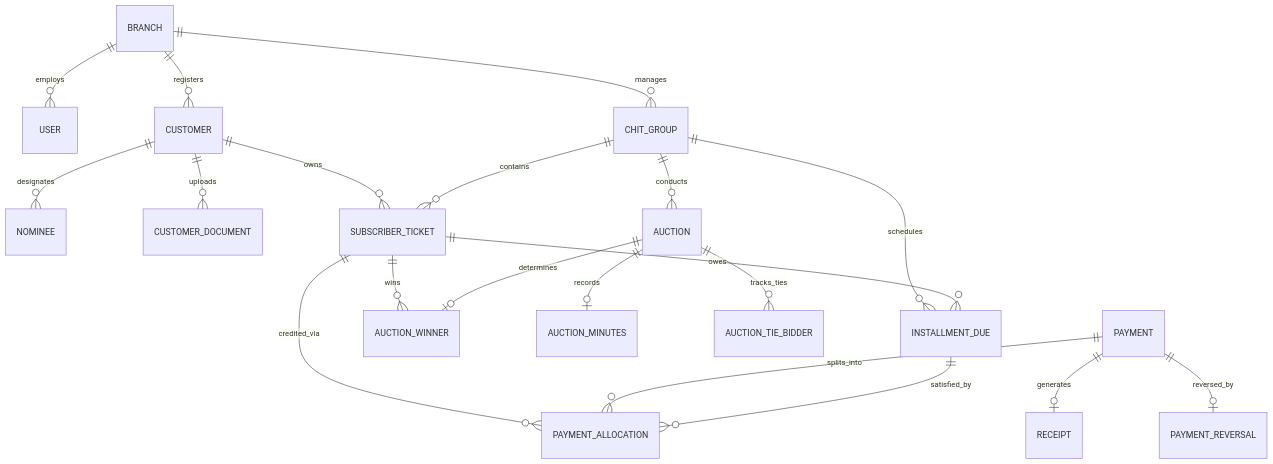
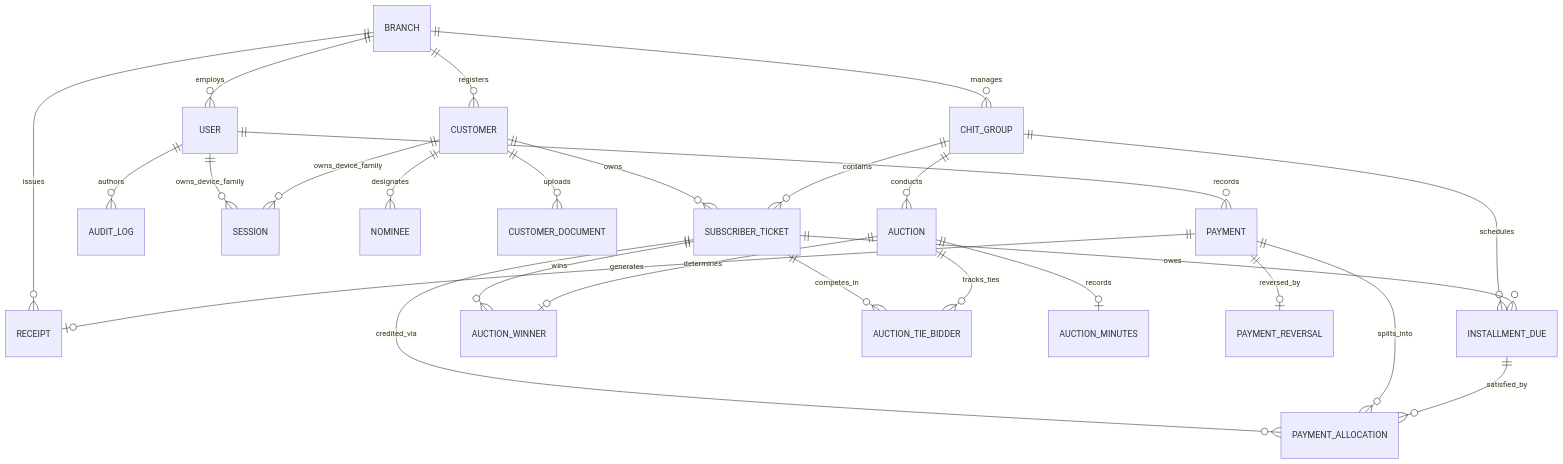
The diagram in docs/03-architecture/data-model.md (Kathir-24/Kumaran-finance), drawn with Mermaid before and after one commit. The commit also changed other lines of this file and 4 other files, not shown here.

````diff
--- a/docs/03-architecture/data-model.md
+++ b/docs/03-architecture/data-model.md
@@ -19,28 +19,35 @@
 ```mermaid
 erDiagram
     BRANCH ||--o{ USER : employs
     BRANCH ||--o{ CHIT_GROUP : manages
     BRANCH ||--o{ CUSTOMER : registers
+    BRANCH ||--o{ RECEIPT : issues
+
+    USER ||--o{ PAYMENT : records
+    USER ||--o{ AUDIT_LOG : authors
+    USER ||--o{ SESSION : owns_device_family
 
     CUSTOMER ||--o{ NOMINEE : designates
     CUSTOMER ||--o{ CUSTOMER_DOCUMENT : uploads
     CUSTOMER ||--o{ SUBSCRIBER_TICKET : owns
+    CUSTOMER ||--o{ SESSION : owns_device_family
 
     CHIT_GROUP ||--o{ SUBSCRIBER_TICKET : contains
     CHIT_GROUP ||--o{ AUCTION : conducts
     CHIT_GROUP ||--o{ INSTALLMENT_DUE : schedules
 
     SUBSCRIBER_TICKET ||--o{ INSTALLMENT_DUE : owes
     SUBSCRIBER_TICKET ||--o{ PAYMENT_ALLOCATION : credited_via
     SUBSCRIBER_TICKET ||--o{ AUCTION_WINNER : wins
+    SUBSCRIBER_TICKET ||--o{ AUCTION_TIE_BIDDER : competes_in
 
     AUCTION ||--o| AUCTION_WINNER : determines
     AUCTION ||--o| AUCTION_MINUTES : records
     AUCTION ||--o{ AUCTION_TIE_BIDDER : tracks_ties
 
     PAYMENT ||--o{ PAYMENT_ALLOCATION : splits_into
     PAYMENT ||--o| RECEIPT : generates
     PAYMENT ||--o| PAYMENT_REVERSAL : reversed_by
 
     INSTALLMENT_DUE ||--o{ PAYMENT_ALLOCATION : satisfied_by
 ```
````
